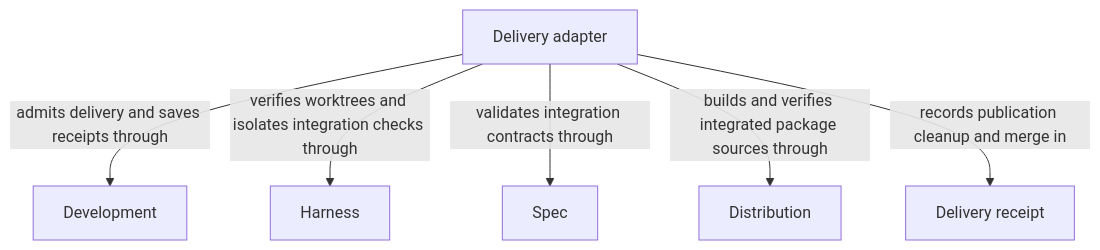
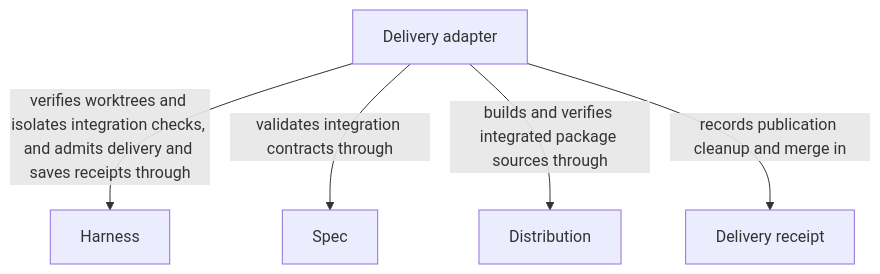
One commit to FTOD/concorde changed the diagram in specs/concorde/delivery/module.md. Above: the diagram before and after it, drawn with Mermaid. The commit also changed other lines of this file and 82 other files, not shown here.

````diff
--- a/specs/concorde/delivery/module.md
+++ b/specs/concorde/delivery/module.md
@@ -69,16 +69,14 @@
 ```mermaid
 flowchart TB
     accTitle: Delivery entities and dependencies
     accDescr: Delivery admits participating sessions, verifies worktrees and integration checks, validates integrated contracts and builds Concorde package sources before recording publication cleanup and merge receipts.
     e0["Delivery adapter"]
-    e1["Development"]
     e2["Harness"]
     e3["Spec"]
     e4["Distribution"]
-    e0 -->|admits delivery and saves receipts through| e1
-    e0 -->|verifies worktrees and isolates integration checks through| e2
+    e0 -->|verifies worktrees and isolates integration checks, and admits delivery and saves receipts through| e2
     e0 -->|validates integration contracts through| e3
     e0 -->|builds and verifies integrated package sources through| e4
     domain_receipt["Delivery receipt"]
     e0 -->|records publication cleanup and merge in| domain_receipt
 ```
````
